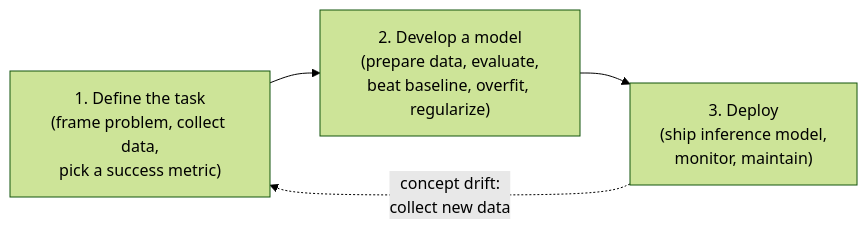
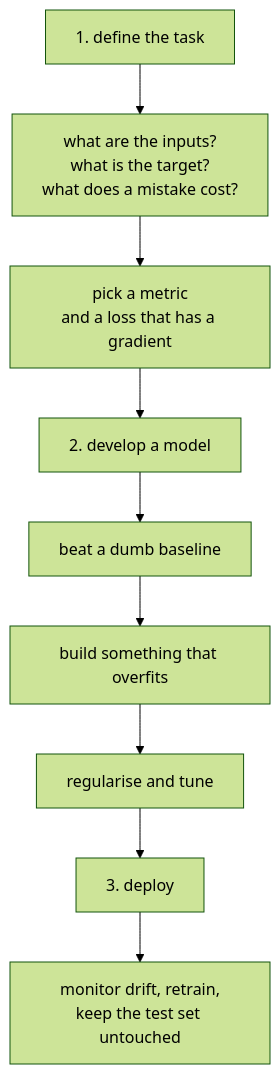
One commit to Ravikisha/PythonCentralHub changed the diagram in src/content/docs/Deep Learning/Phase 02 - Training Deep Neural Networks/The Universal Workflow of Machine Learning.mdx. Above: the diagram before and after it, drawn with Mermaid (forest theme). The commit also changed other lines of this file and 626 other files, not shown here.

````diff
--- a/src/content/docs/Deep Learning/Phase 02 - Training Deep Neural Networks/The Universal Workflow of Machine Learning.mdx
+++ b/src/content/docs/Deep Learning/Phase 02 - Training Deep Neural Networks/The Universal Workflow of Machine Learning.mdx
@@ -25,6 +34,11 @@
-```mermaid title="The universal workflow of ML" desc="Three phases, each feeding the next — and concept drift feeding back into a new round of data collection."
-flowchart LR
-  A["1. Define the task<br/>(frame problem, collect data,<br/>pick a success metric)"] --> B["2. Develop a model<br/>(prepare data, evaluate,<br/>beat baseline, overfit, regularize)"]
-  B --> C["3. Deploy<br/>(ship inference model,<br/>monitor, maintain)"]
-  C -.->|"concept drift:<br/>collect new data"| A
+```mermaid
+flowchart TD
+  A["1. define the task"] --> B["what are the inputs?<br/>what is the target?<br/>what does a mistake cost?"]
+  B --> C["pick a metric<br/>and a loss that has a gradient"]
+  C --> D["2. develop a model"]
+  D --> E["beat a dumb baseline"]
+  E --> F["build something that overfits"]
+  F --> G["regularise and tune"]
+  G --> H["3. deploy"]
+  H --> I["monitor drift, retrain,<br/>keep the test set untouched"]
 ```
````
